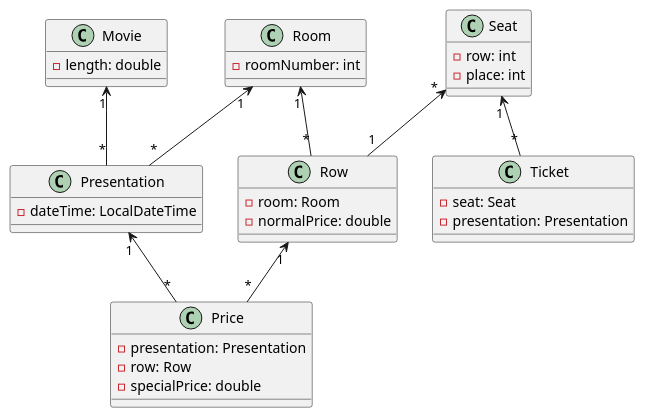
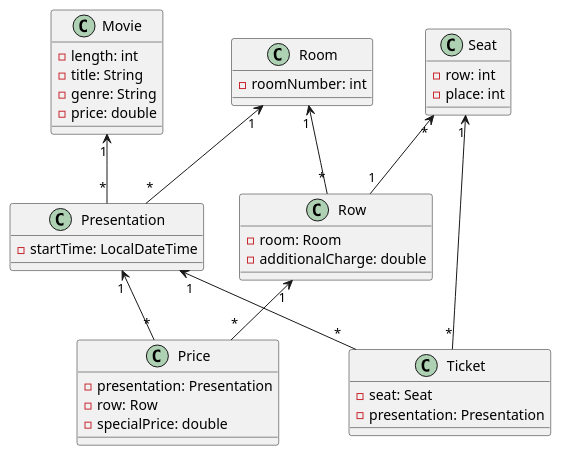
Before and after one commit to 2122-3bhitm-itp/02-project-cinema-reservation: the diagram in asciidocs/plantuml/cld-cinema-reservation.puml, drawn with PlantUML.

Commit message:
cld updated

```diff
--- a/asciidocs/plantuml/cld-cinema-reservation.puml
+++ b/asciidocs/plantuml/cld-cinema-reservation.puml
@@ -1,44 +1,48 @@
 @startuml
 
 class Room{
 -roomNumber: int
 }
 class Movie{
--length: double
+-length: int
+-title: String
+-genre: String
+-price: double
 }
 
 class Row{
 -room: Room
--normalPrice: double
+-additionalCharge: double
 }
 
 class Seat{
 -row: int
 -place: int
 }
 
 class Presentation{
--dateTime: LocalDateTime
+-startTime: LocalDateTime
 }
 
 class Price{
 -presentation: Presentation
 -row: Row
 -specialPrice: double
 }
 
 class Ticket{
 -seat: Seat
 -presentation: Presentation
 }
 
 Room "1" <-- "*" Row
 Room "1" <-- "*" Presentation
 
 Movie "1" <-- "*" Presentation
 Presentation "1" <-- "*" Price
+Presentation "1" <-- "*" Ticket
 Row "1" <-- "*" Price
 Seat "1" <-- "*" Ticket
 Seat "*" <-- "1" Row
 
 @enduml
```
